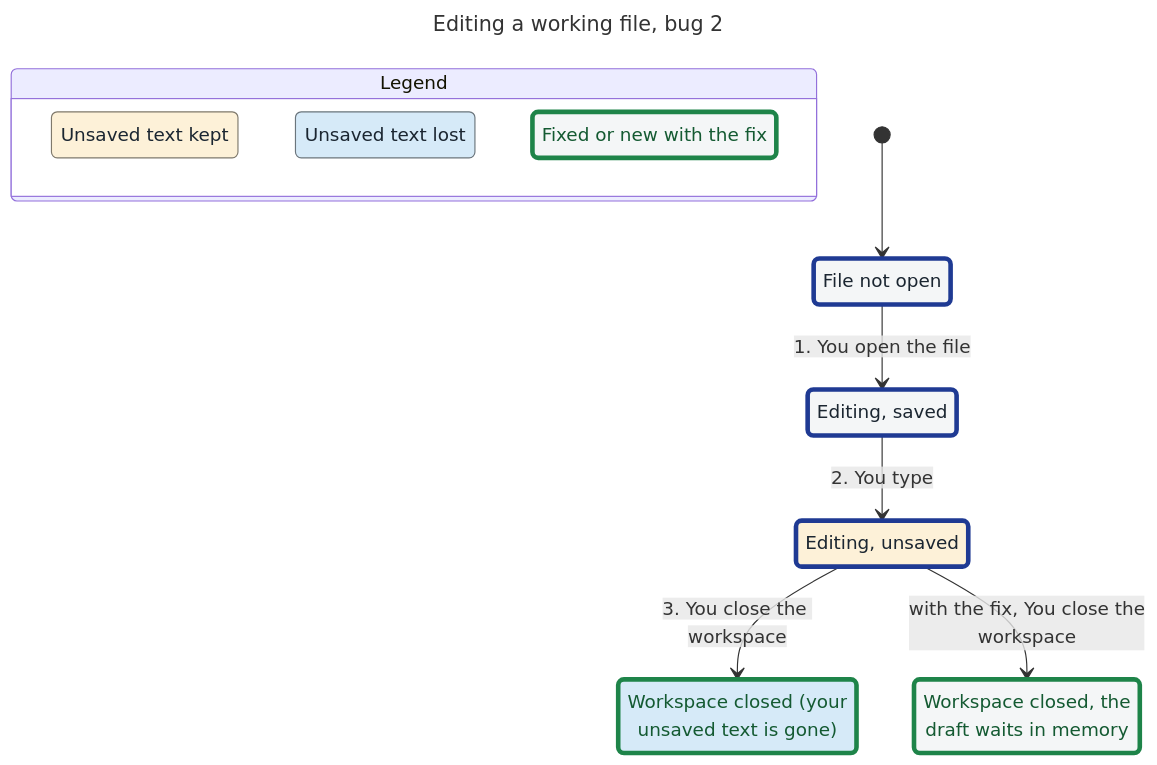
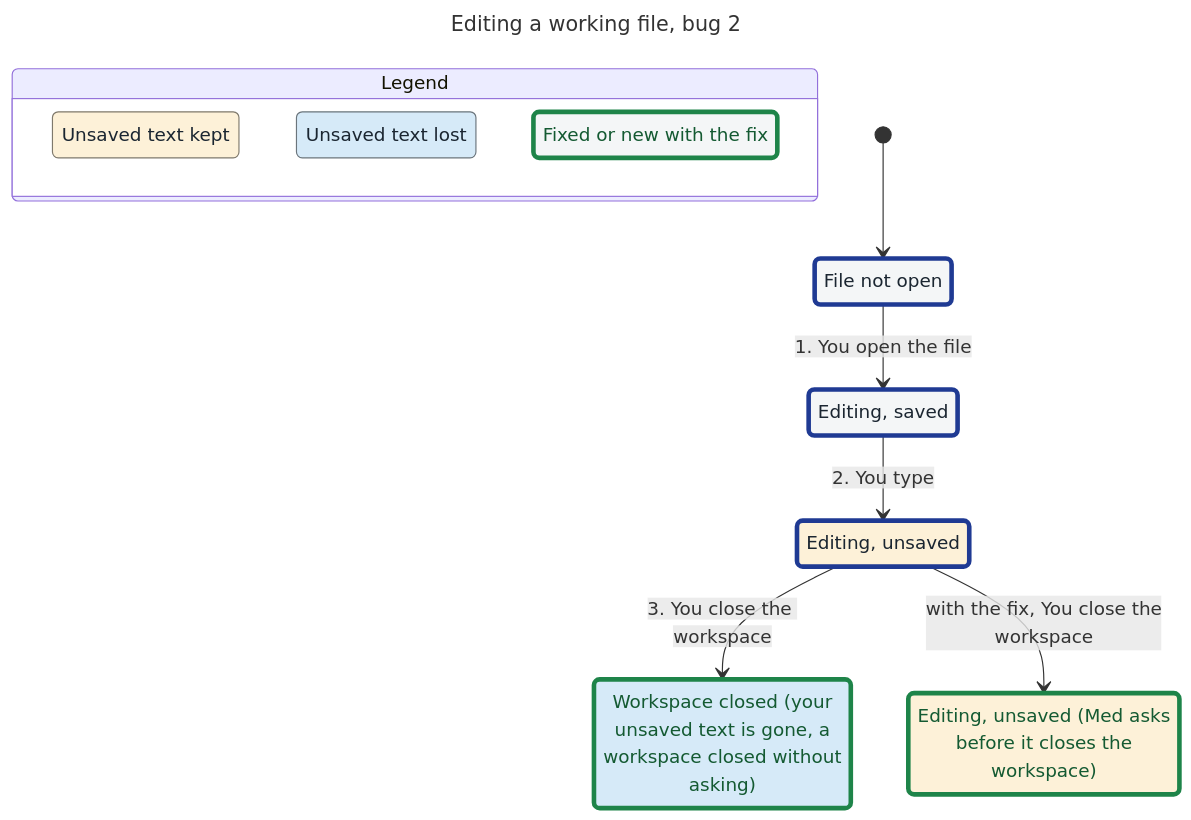
The diagram in apps/med/docs/statecharts/EditorDrafts-statechart/bug-2.mmd (zsh-eng/workbench), drawn with Mermaid before and after one commit. The commit also changed 36 other files, not shown here.

Commit message:
Model the question before a close, kept drafts, the Commit all index copy and the content check; redraw the charts

```diff
--- a/apps/med/docs/statecharts/EditorDrafts-statechart/bug-2.mmd
+++ b/apps/med/docs/statecharts/EditorDrafts-statechart/bug-2.mmd
@@ -1,38 +1,39 @@
 ---
 title: "Editing a working file, bug 2"
 config:
   markdownAutoWrap: false
   state:
     useMaxWidth: false
 ---
 stateDiagram-v2
   %% second model (fix): the fix
   classDef plainFixed fill:#f4f6f7,stroke:#1e8449,stroke-width:4px,color:#145a32
   classDef plainPath fill:#f4f6f7,stroke:#1f3a93,stroke-width:4px,color:#1b2631
   classDef group1 fill:#fdf1d8,stroke:#7f796c,color:#1b2631
+  classDef group1Fixed fill:#fdf1d8,stroke:#1e8449,stroke-width:4px,color:#145a32
   classDef group1Path fill:#fdf1d8,stroke:#1f3a93,stroke-width:4px,color:#1b2631
   classDef group2 fill:#d6eaf8,stroke:#6b757c,color:#1b2631
   classDef group2Fixed fill:#d6eaf8,stroke:#1e8449,stroke-width:4px,color:#145a32
   state "Legend" as legend {
     state "Unsaved text kept" as legendGroup1
     state "Unsaved text lost" as legendGroup2
     state "Fixed or new with the fix" as legendFixed
   }
   class legendGroup1 group1
   class legendGroup2 group2
   class legendFixed plainFixed
   state "Editing, saved" as s0
   state "Editing, unsaved" as s1
-  state "File not open" as s2
-  state "Workspace closed (your<br/>unsaved text is gone)" as s3
-  state "Workspace closed, the<br/>draft waits in memory" as s4
-  [*] --> s2
-  s2 --> s0 : 1. You open the file
+  state "Editing, unsaved (Med asks<br/>before it closes the<br/>workspace)" as s2
+  state "File not open" as s3
+  state "Workspace closed (your<br/>unsaved text is gone, a<br/>workspace closed without<br/>asking)" as s4
+  [*] --> s3
+  s3 --> s0 : 1. You open the file
   s0 --> s1 : 2. You type
-  s1 --> s3 : 3. You close the workspace
-  s1 --> s4 : with the fix, You close the<br/>workspace
+  s1 --> s4 : 3. You close the workspace
+  s1 --> s2 : with the fix, You close the<br/>workspace
   class s0 plainPath
   class s1 group1Path
-  class s2 plainPath
-  class s3 group2Fixed
-  class s4 plainFixed
+  class s2 group1Fixed
+  class s3 plainPath
+  class s4 group2Fixed
```
